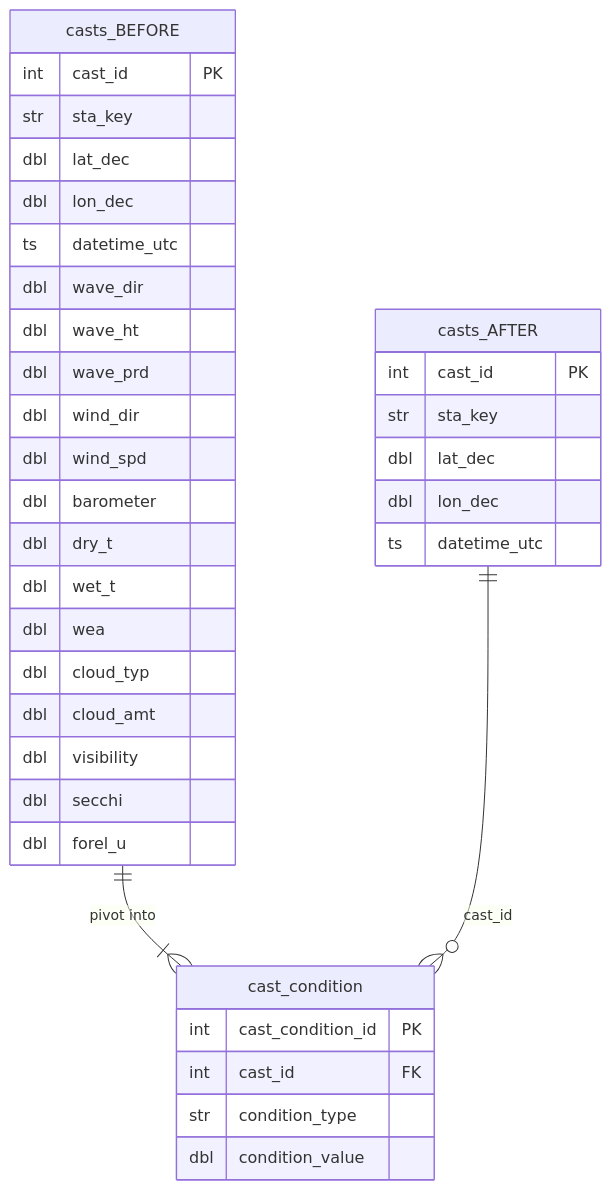
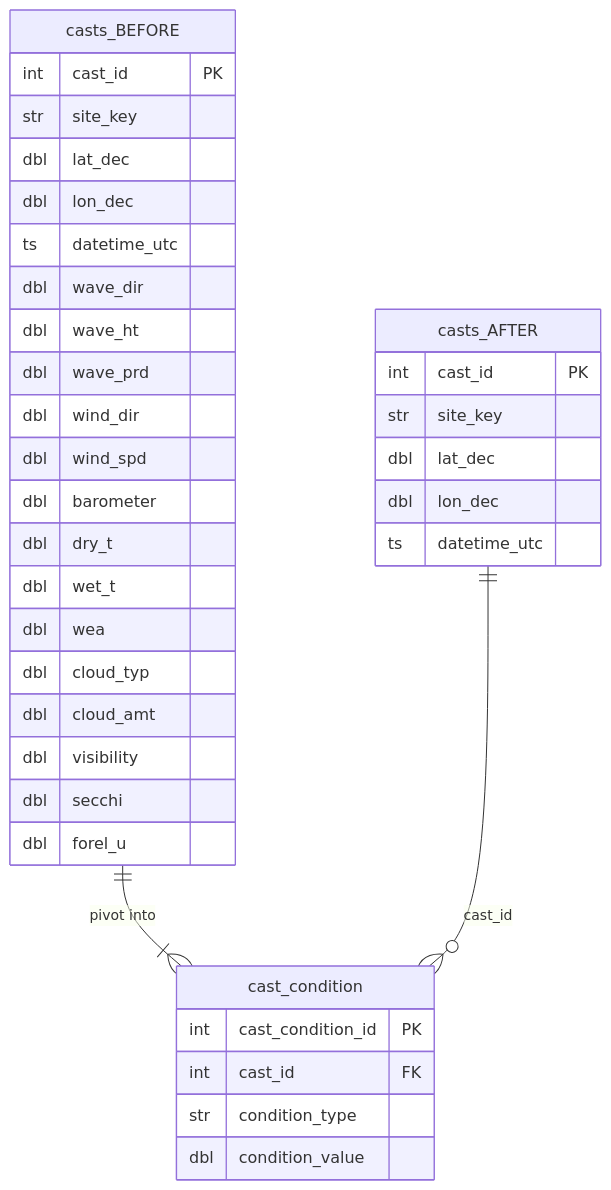
Before and after one commit to CalCOFI/workflows: the second of 2 diagrams in ingest_calcofi_bottle.qmd, drawn with Mermaid. The commit also changed other lines of this file and 19 other files, not shown here.

First line of the commit message:
sta_key → site_key; cruise_key → YYYY-MM-NODC; + release v2026.03.25

````diff
--- a/ingest_calcofi_bottle.qmd
+++ b/ingest_calcofi_bottle.qmd
@@ -478,41 +478,41 @@
 ```{mermaid}
 %%| label: pivot_cast_cond_diagram
 %%| fig-cap: "Pivot wide cast condition columns into long-format cast_condition table."
 erDiagram
     casts_BEFORE {
         int cast_id PK
-        str sta_key
+        str site_key
         dbl lat_dec
         dbl lon_dec
         ts  datetime_utc
         dbl wave_dir
         dbl wave_ht
         dbl wave_prd
         dbl wind_dir
         dbl wind_spd
         dbl barometer
         dbl dry_t
         dbl wet_t
         dbl wea
         dbl cloud_typ
         dbl cloud_amt
         dbl visibility
         dbl secchi
         dbl forel_u
     }
     casts_AFTER {
         int cast_id PK
-        str sta_key
+        str site_key
         dbl lat_dec
         dbl lon_dec
         ts  datetime_utc
     }
     cast_condition {
         int cast_condition_id PK
         int cast_id FK
         str condition_type
         dbl condition_value
     }
     casts_BEFORE ||--|{ cast_condition : "pivot into"
     casts_AFTER ||--o{ cast_condition : "cast_id"
 ```
````
